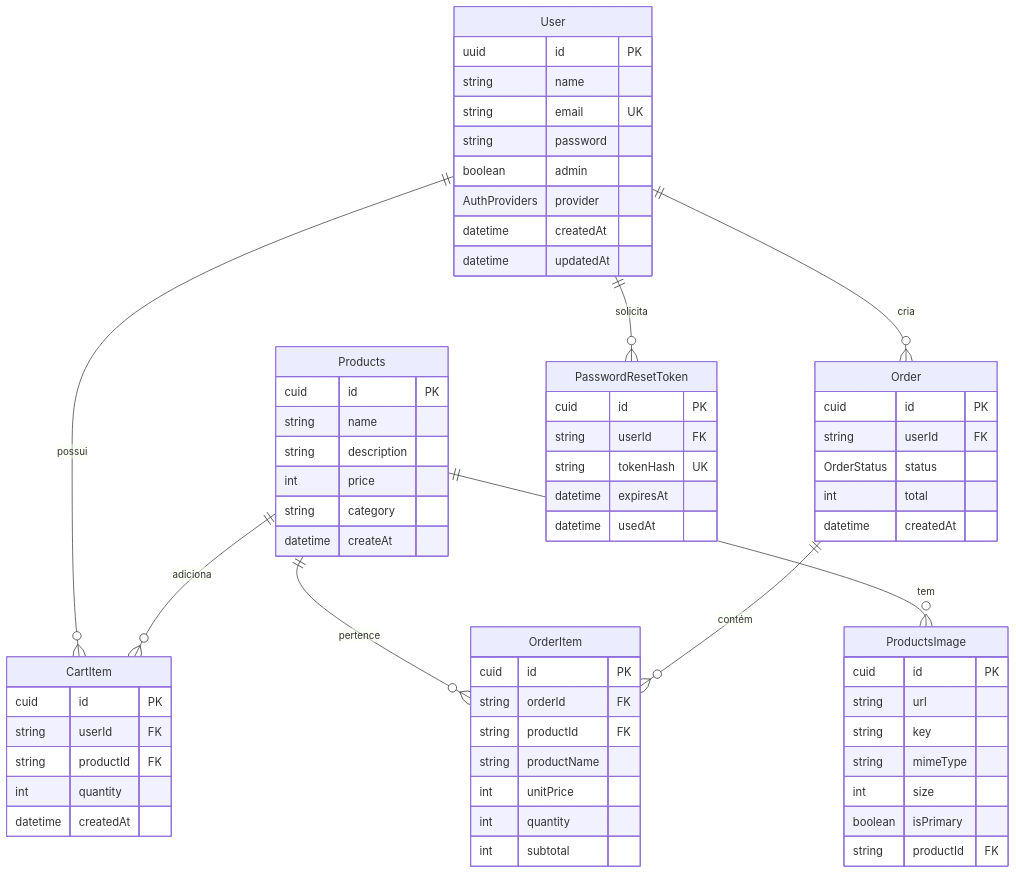
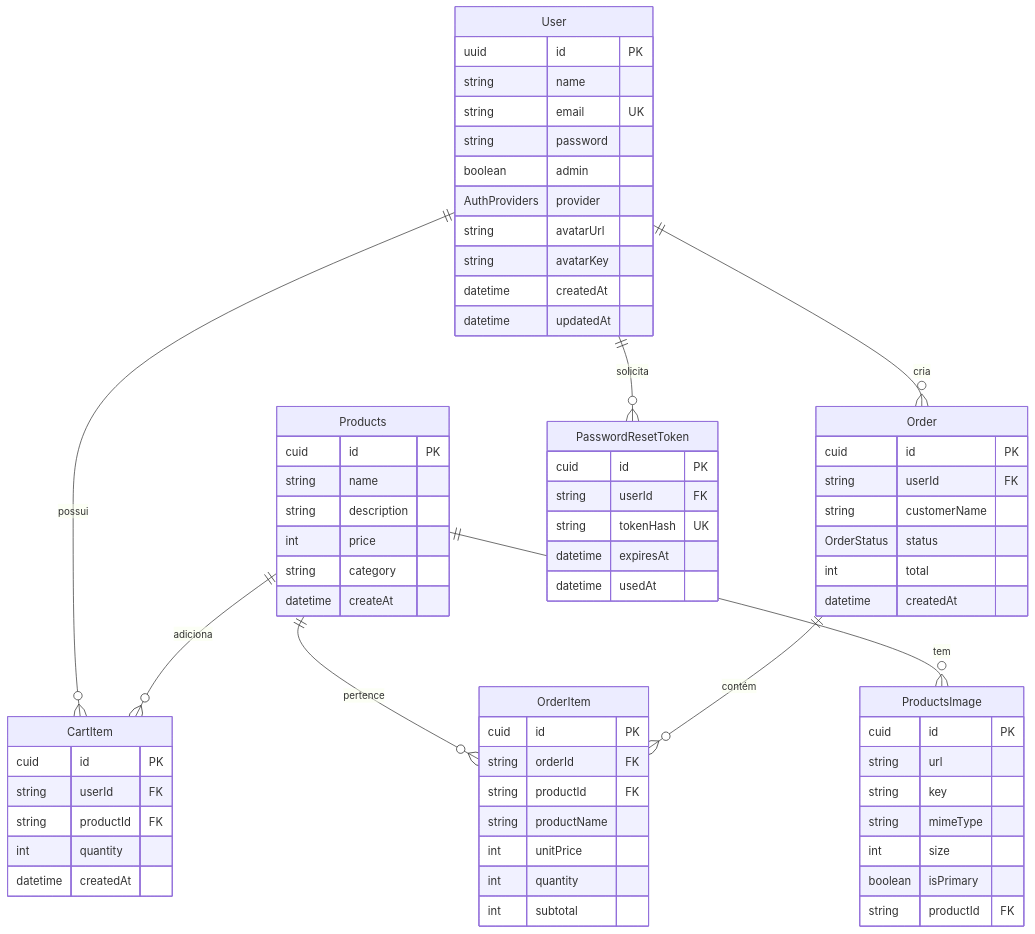
Before and after one commit to DevWesleyMedeiros/casa-do-hamburger: the second of 3 diagrams in README.md, drawn with Mermaid. The commit also changed other lines of this file, not shown here.

Commit message:
docs(README.md): update README with new avatar system, new properties to cardPedidos. and SEO features descriptions

````diff
--- a/README.md
+++ b/README.md
@@ -245,74 +258,77 @@
 ```mermaid
 erDiagram
     User {
         uuid id PK
         string name
         string email UK
         string password
         boolean admin
         AuthProviders provider
+        string avatarUrl
+        string avatarKey
         datetime createdAt
         datetime updatedAt
     }
     
     Products {
         cuid id PK
         string name
         string description
         int price
         string category
         datetime createAt
     }
     
     ProductsImage {
         cuid id PK
         string url
         string key
         string mimeType
         int size
         boolean isPrimary
         string productId FK
     }
     
     CartItem {
         cuid id PK
         string userId FK
         string productId FK
         int quantity
         datetime createdAt
     }
     
     Order {
         cuid id PK
         string userId FK
+        string customerName
         OrderStatus status
         int total
         datetime createdAt
     }
     
     OrderItem {
         cuid id PK
         string orderId FK
         string productId FK
         string productName
         int unitPrice
         int quantity
         int subtotal
     }
     
     PasswordResetToken {
         cuid id PK
         string userId FK
         string tokenHash UK
         datetime expiresAt
         datetime usedAt
     }
     
     User ||--o{ CartItem : "possui"
     User ||--o{ Order : "cria"
     User ||--o{ PasswordResetToken : "solicita"
     Products ||--o{ ProductsImage : "tem"
     Products ||--o{ CartItem : "adiciona"
     Products ||--o{ OrderItem : "pertence"
     Order ||--o{ OrderItem : "contém"
 ```
````
